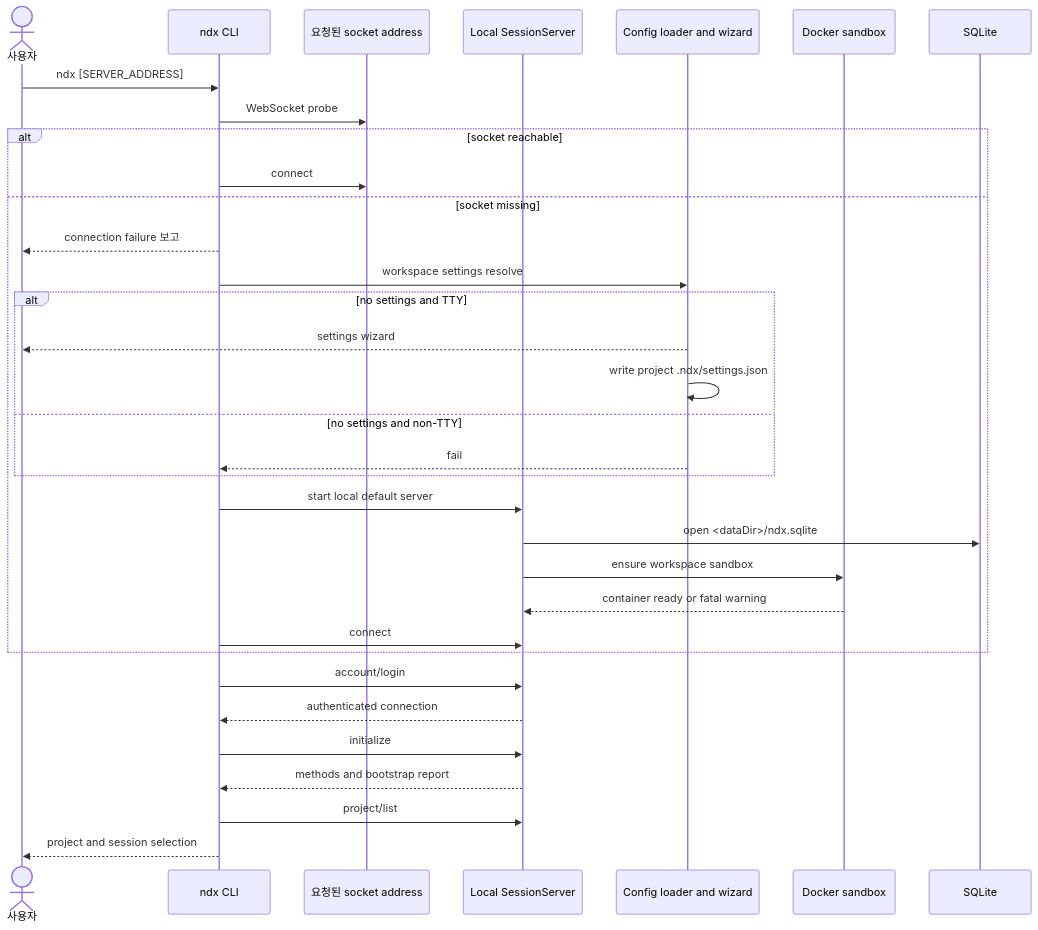
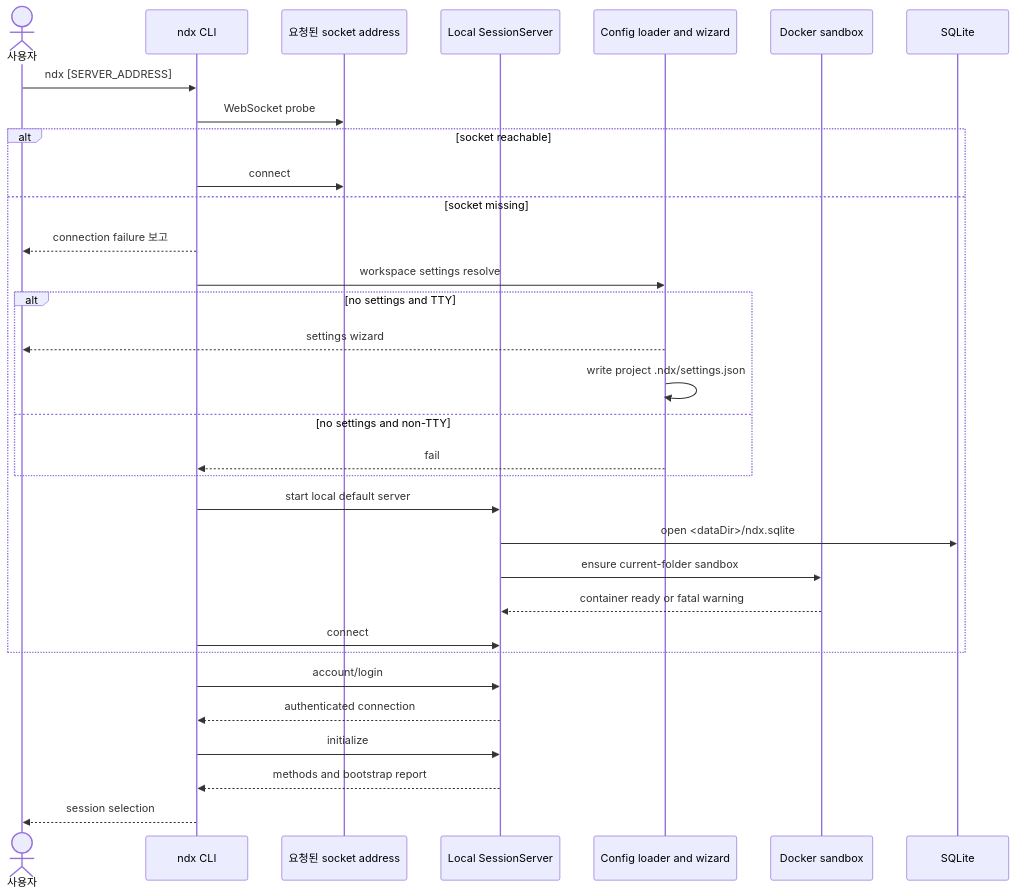
Before and after one commit to hikaMaeng/ndx: the third of 20 diagrams in docs/system-architecture-ko.md, drawn with Mermaid. The commit also changed other lines of this file and 31 other files, not shown here.

Commit message:
fix: align CLI startup and sandbox ownership

````diff
--- a/docs/system-architecture-ko.md
+++ b/docs/system-architecture-ko.md
@@ -120,36 +120,35 @@
 ```mermaid
 sequenceDiagram
   actor User as 사용자
   participant CLI as ndx CLI
   participant Socket as 요청된 socket address
   participant Server as Local SessionServer
   participant Config as Config loader and wizard
   participant Docker as Docker sandbox
   participant DB as SQLite
 
   User->>CLI: ndx [SERVER_ADDRESS]
   CLI->>Socket: WebSocket probe
   alt socket reachable
     CLI->>Socket: connect
   else socket missing
     CLI-->>User: connection failure 보고
     CLI->>Config: workspace settings resolve
     alt no settings and TTY
       Config-->>User: settings wizard
       Config->>Config: write project .ndx/settings.json
     else no settings and non-TTY
       Config-->>CLI: fail
     end
     CLI->>Server: start local default server
     Server->>DB: open <dataDir>/ndx.sqlite
-    Server->>Docker: ensure workspace sandbox
+    Server->>Docker: ensure current-folder sandbox
     Docker-->>Server: container ready or fatal warning
     CLI->>Server: connect
   end
   CLI->>Server: account/login
   Server-->>CLI: authenticated connection
   CLI->>Server: initialize
   Server-->>CLI: methods and bootstrap report
-  CLI->>Server: project/list
-  CLI-->>User: project and session selection
+  CLI-->>User: session selection
 ```
````
